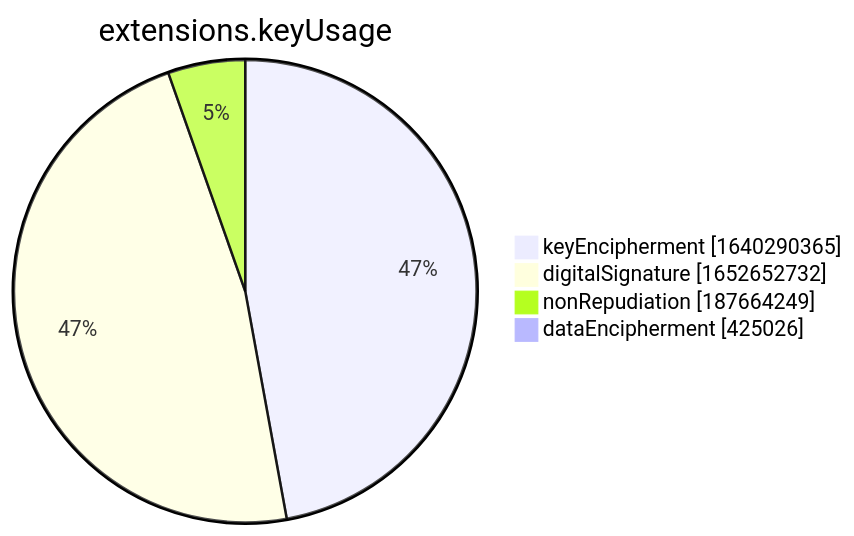
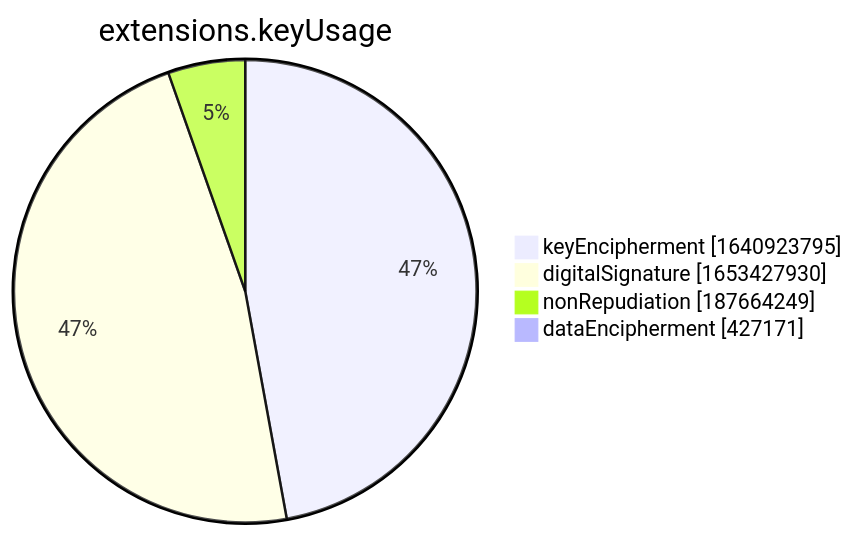
One commit to christiankrug/ctmonitor_visualization changed the seventh of 15 diagrams in xenon2022/README.md. Above: the diagram before and after it, drawn with Mermaid. The commit also changed other lines of this file, not shown here.

````diff
--- a/xenon2022/README.md
+++ b/xenon2022/README.md
@@ -2856,8 +2856,8 @@
 ```mermaid
 pie showData
 title extensions.keyUsage
-"keyEncipherment" :1640290365
-"digitalSignature" :1652652732
+"keyEncipherment" :1640923795
+"digitalSignature" :1653427930
 "nonRepudiation" :187664249
-"dataEncipherment" :425026
+"dataEncipherment" :427171
 ```
````
